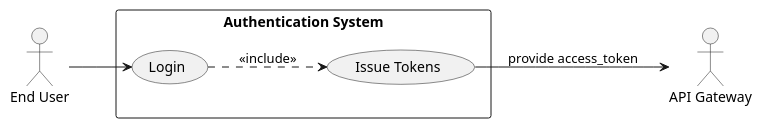
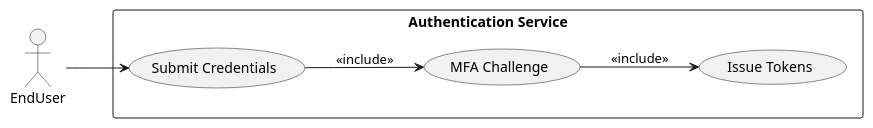
Before and after one commit to Bimmi-kumari-singh/Agent-testing: the second of 7 diagrams in .propel/context/docs/spec.md, drawn with PlantUML. The commit also changed other lines of this file, not shown here.

````diff
--- a/.propel/context/docs/spec.md
+++ b/.propel/context/docs/spec.md
@@ -293,18 +289,17 @@
 ```plantuml
 @startuml
 left to right direction
 skinparam packageStyle rectangle
 
-actor "End User" as User
-actor "API Gateway" as API
-
-rectangle "Authentication System" {
-  usecase (Login) as UC2
-  usecase (Issue Tokens) as UC2b
+actor EndUser
+rectangle "Authentication Service" {
+  usecase (Submit Credentials) as UC_Login
+  usecase (MFA Challenge) as UC_MFA
+  usecase (Issue Tokens) as UC_Tokens
 }
 
-User --> UC2
-UC2 ..> UC2b : <<include>>
-UC2b --> API : provide access_token
+EndUser --> UC_Login
+UC_Login --> UC_MFA : <<include>>
+UC_MFA --> UC_Tokens : <<include>>
 @enduml
 ```
````
